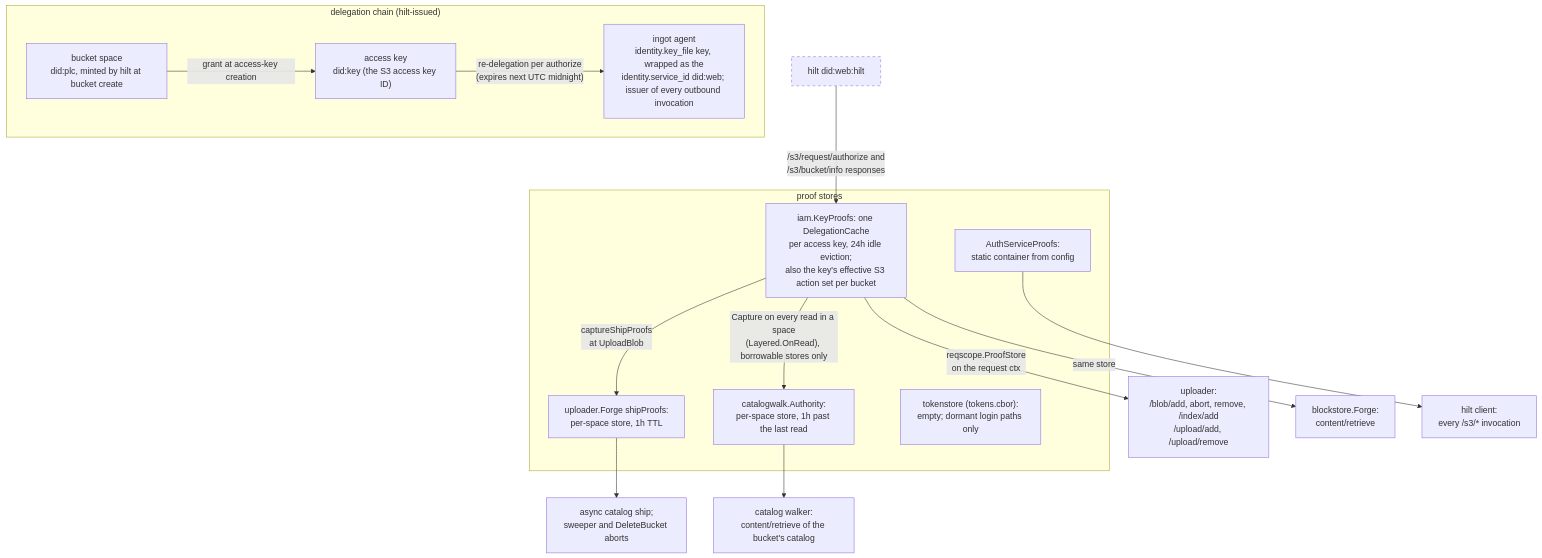
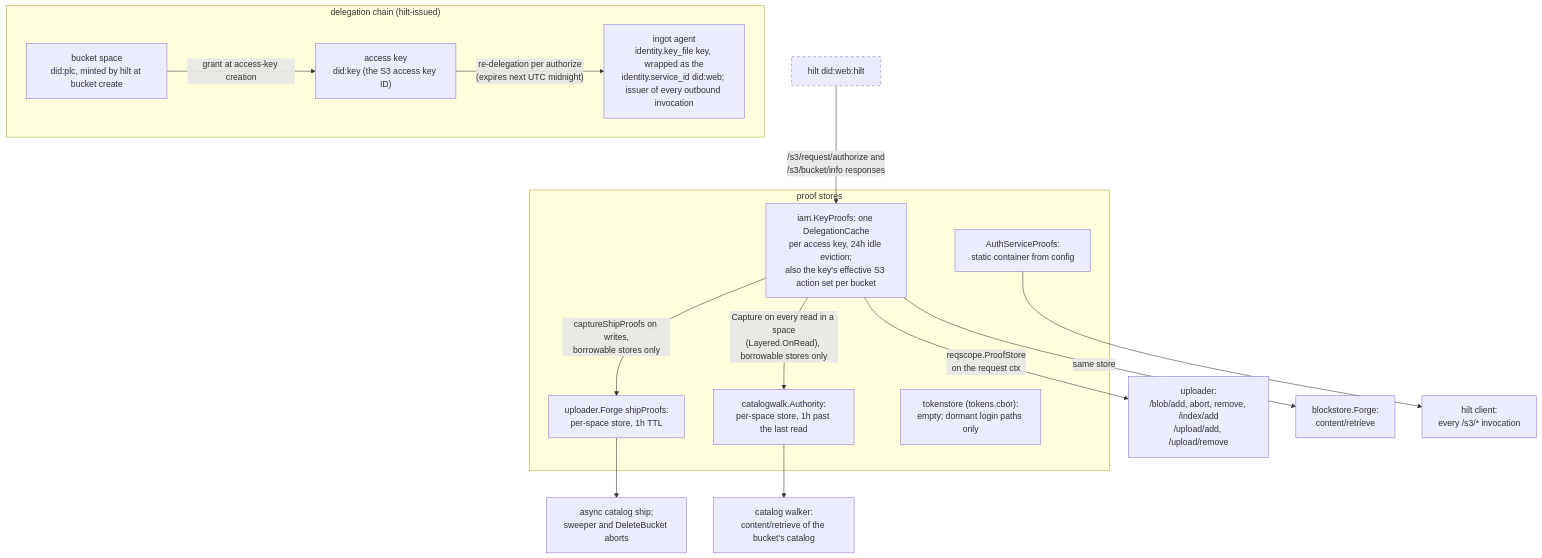
Diagram 11 of 14 in docs/diagrams.md (fil-forge/ingot), drawn with Mermaid before and after one commit. The commit also changed other lines of this file and 8 other files, not shown here.

First line of the commit message:
Hold a write's store as ship authority only while it may be borrowed

````diff
--- a/docs/diagrams.md
+++ b/docs/diagrams.md
@@ -803,31 +803,31 @@
 ```mermaid
 flowchart TB
     subgraph chain["delegation chain (hilt-issued)"]
         space["bucket space<br/>did:plc, minted by hilt at bucket create"]
         ak["access key<br/>did:key (the S3 access key ID)"]
         agent["ingot agent<br/>identity.key_file key, wrapped as the<br/>identity.service_id did:web; issuer of every outbound invocation"]
         space -->|"grant at access-key creation"| ak
         ak -->|"re-delegation per authorize<br/>(expires next UTC midnight)"| agent
     end
 
     hilt["hilt did:web:hilt"] -->|"/s3/request/authorize and<br/>/s3/bucket/info responses"| kp
 
     subgraph stores["proof stores"]
         kp["iam.KeyProofs: one DelegationCache<br/>per access key, 24h idle eviction;<br/>also the key's effective S3 action set per bucket"]
         ship["uploader.Forge shipProofs:<br/>per-space store, 1h TTL"]
         walk["catalogwalk.Authority:<br/>per-space store, 1h past the last read"]
         static["AuthServiceProofs:<br/>static container from config"]
         tok["tokenstore (tokens.cbor):<br/>empty; dormant login paths only"]
     end
 
     kp -->|"reqscope.ProofStore<br/>on the request ctx"| writes["uploader:<br/>/blob/add, abort, remove, /index/add<br/>/upload/add, /upload/remove"]
     kp -->|"same store"| reads["blockstore.Forge:<br/>content/retrieve"]
-    kp -->|"captureShipProofs<br/>at UploadBlob"| ship
+    kp -->|"captureShipProofs on writes,<br/>borrowable stores only"| ship
     ship --> async["async catalog ship;<br/>sweeper and DeleteBucket aborts"]
     kp -->|"Capture on every read in a space<br/>(Layered.OnRead), borrowable stores only"| walk
     walk --> walker["catalog walker:<br/>content/retrieve of the bucket's catalog"]
     static --> hc["hilt client:<br/>every /s3/* invocation"]
 
     classDef external stroke-dasharray: 5 5
     class hilt external
 ```
````
